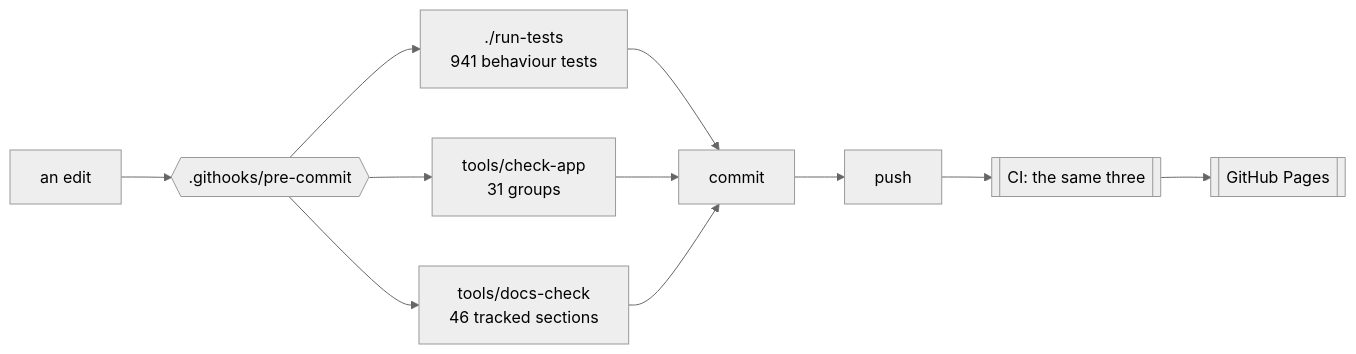
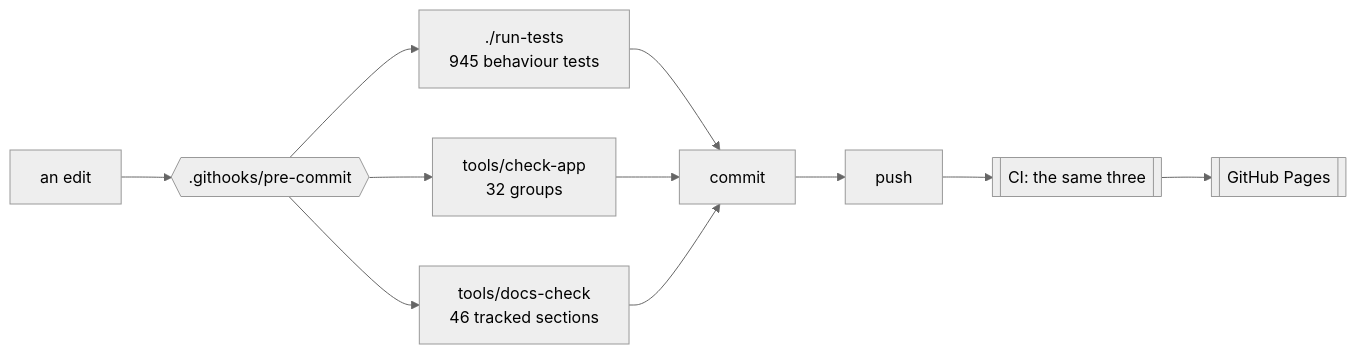
One commit to minormending/crystal-pilot-mobile changed the first of 3 diagrams in docs/DEVELOPING.md. Above: the diagram before and after it, drawn with Mermaid (neutral theme). The commit also changed other lines of this file and 19 other files, not shown here.

````diff
--- a/docs/DEVELOPING.md
+++ b/docs/DEVELOPING.md
@@ -15,12 +15,12 @@
 ```mermaid
 flowchart LR
     E[an edit] --> H{{".githooks/pre-commit"}}
-    H --> T["./run-tests<br/>941 behaviour tests"]
-    H --> C["tools/check-app<br/>31 groups"]
+    H --> T["./run-tests<br/>945 behaviour tests"]
+    H --> C["tools/check-app<br/>32 groups"]
     H --> D["tools/docs-check<br/>46 tracked sections"]
     T --> OK[commit]
     C --> OK
     D --> OK
     OK --> P[push] --> CI[["CI: the same three"]]
     CI --> PG[[GitHub Pages]]
 ```
````
